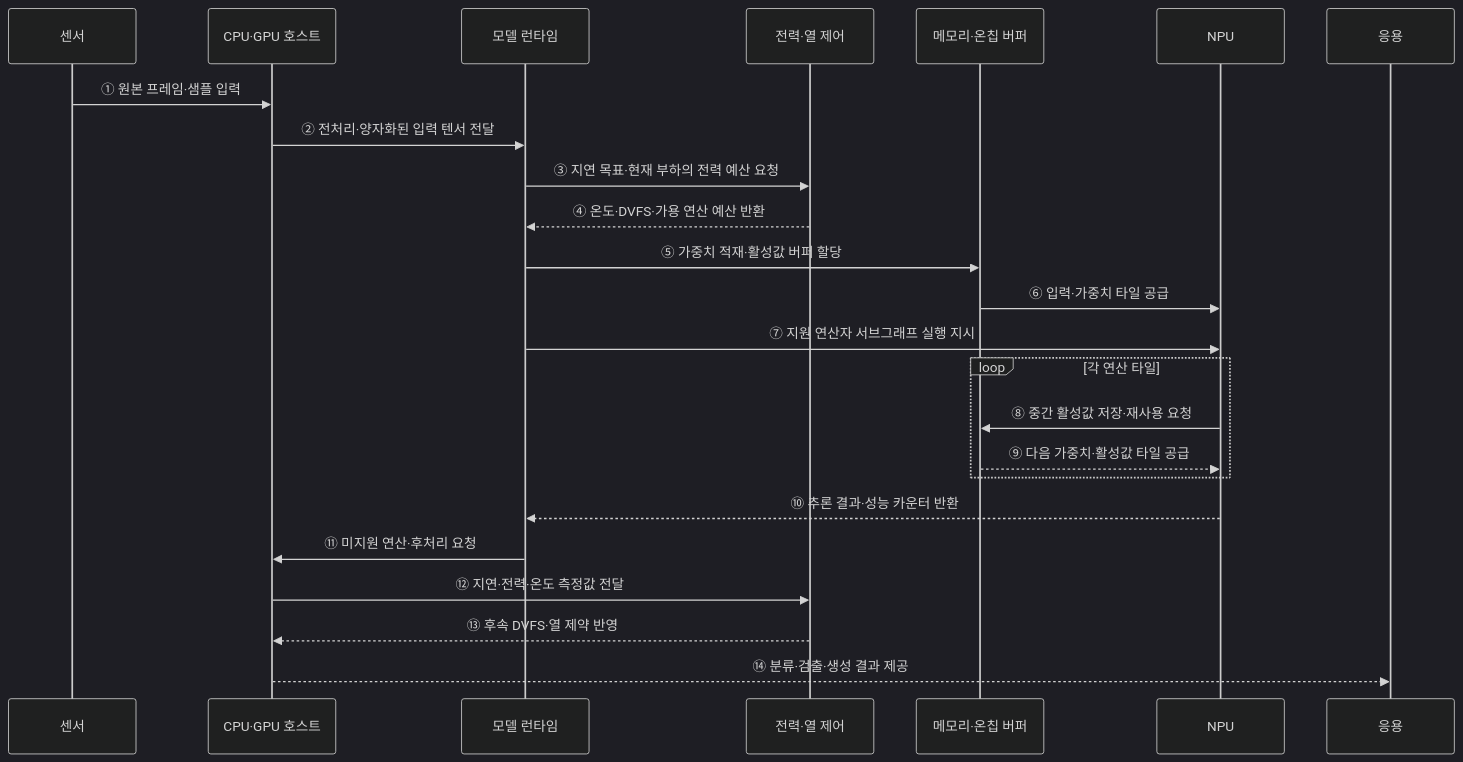
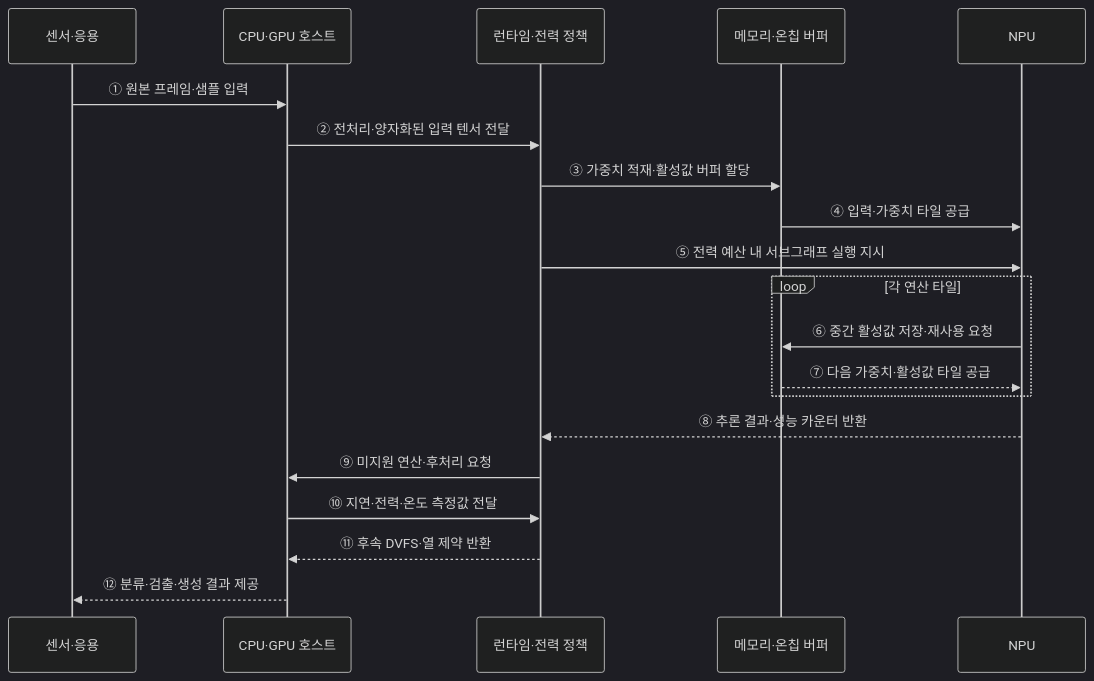
Before and after one commit to agnusdei1207/knowledge-base: the second of 2 diagrams in src/content/docs/notes/02-hardware/084_soc_on_device_ai_chip.md, drawn with Mermaid (dark theme). The commit also changed other lines of this file and 14 other files, not shown here.

````diff
--- a/src/content/docs/notes/02-hardware/084_soc_on_device_ai_chip.md
+++ b/src/content/docs/notes/02-hardware/084_soc_on_device_ai_chip.md
@@ -99,27 +92,23 @@
 ```mermaid
 sequenceDiagram
-    participant S as 센서
+    participant I as 센서·응용
     participant H as CPU·GPU 호스트
-    participant R as 모델 런타임
-    participant P as 전력·열 제어
+    participant R as 런타임·전력 정책
     participant M as 메모리·온칩 버퍼
     participant N as NPU
-    participant A as 응용
 
-    S->>H: ① 원본 프레임·샘플 입력
+    I->>H: ① 원본 프레임·샘플 입력
     H->>R: ② 전처리·양자화된 입력 텐서 전달
-    R->>P: ③ 지연 목표·현재 부하의 전력 예산 요청
-    P-->>R: ④ 온도·DVFS·가용 연산 예산 반환
-    R->>M: ⑤ 가중치 적재·활성값 버퍼 할당
-    M->>N: ⑥ 입력·가중치 타일 공급
-    R->>N: ⑦ 지원 연산자 서브그래프 실행 지시
+    R->>M: ③ 가중치 적재·활성값 버퍼 할당
+    M->>N: ④ 입력·가중치 타일 공급
+    R->>N: ⑤ 전력 예산 내 서브그래프 실행 지시
     loop 각 연산 타일
-        N->>M: ⑧ 중간 활성값 저장·재사용 요청
-        M-->>N: ⑨ 다음 가중치·활성값 타일 공급
+        N->>M: ⑥ 중간 활성값 저장·재사용 요청
+        M-->>N: ⑦ 다음 가중치·활성값 타일 공급
     end
-    N-->>R: ⑩ 추론 결과·성능 카운터 반환
-    R->>H: ⑪ 미지원 연산·후처리 요청
-    H->>P: ⑫ 지연·전력·온도 측정값 전달
-    P-->>H: ⑬ 후속 DVFS·열 제약 반영
-    H-->>A: ⑭ 분류·검출·생성 결과 제공
+    N-->>R: ⑧ 추론 결과·성능 카운터 반환
+    R->>H: ⑨ 미지원 연산·후처리 요청
+    H->>R: ⑩ 지연·전력·온도 측정값 전달
+    R-->>H: ⑪ 후속 DVFS·열 제약 반환
+    H-->>I: ⑫ 분류·검출·생성 결과 제공
 ```
````
